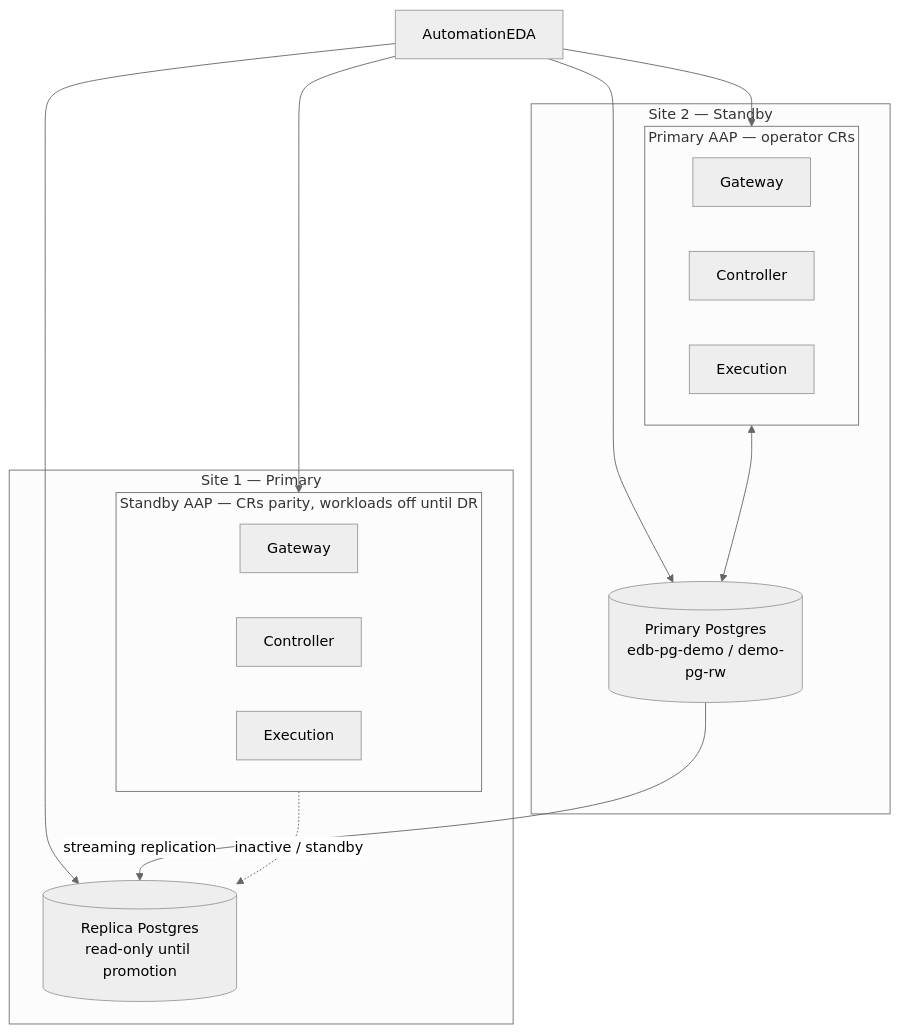
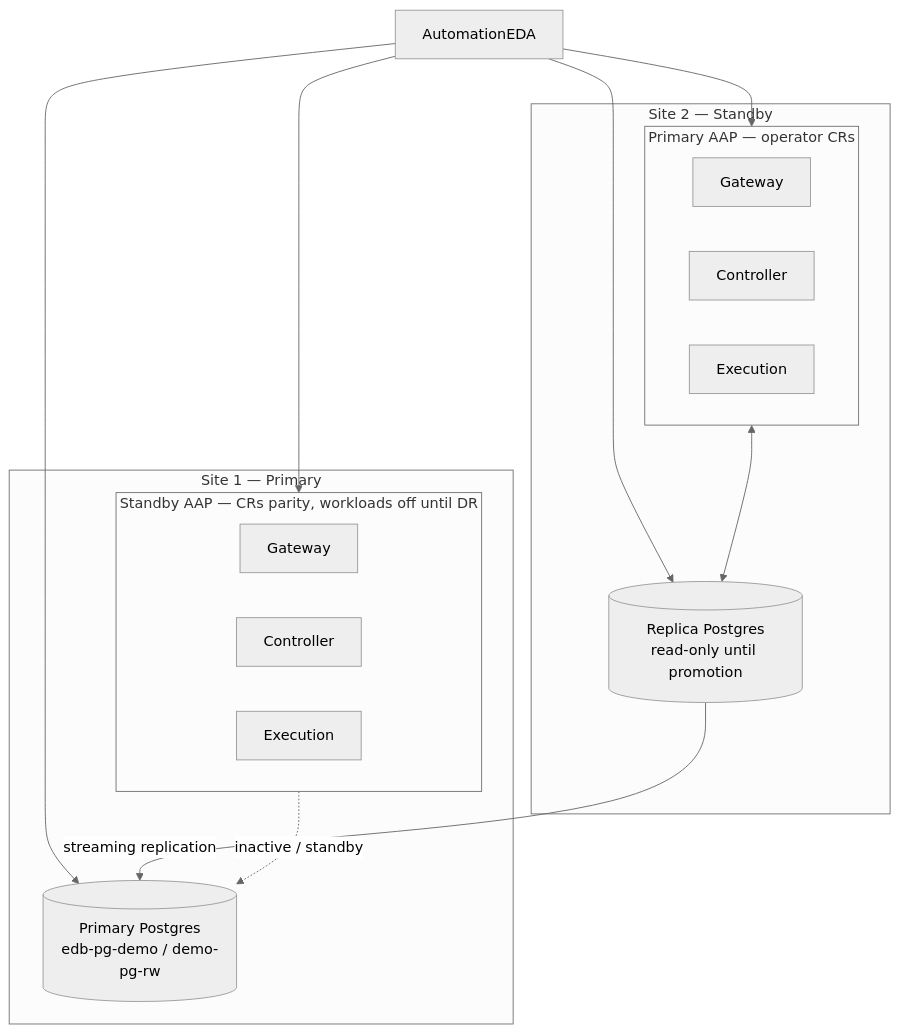
One commit to Red-Hat-EnterpriseDB-Testing/EDB_Testing changed the diagram in aap-deploy/README.md. Above: the diagram before and after it, drawn with Mermaid (neutral theme).

Commit message:
Update README.md to clarify Postgres role descriptions
- Revised the descriptions for Primary and Replica Postgres roles in the architecture diagram to enhance clarity.
- Updated terminology to accurately reflect the read-only status of the Replica Postgres until promotion.

These changes improve the understanding of Postgres roles within the deployment architecture.

````diff
--- a/aap-deploy/README.md
+++ b/aap-deploy/README.md
@@ -16,31 +16,31 @@
 ```mermaid
 flowchart TB
   EDA[AutomationEDA]
 
   subgraph Site2[Site 2 — Standby]
     subgraph PAAP[Primary AAP — operator CRs]
       G1[Gateway]
       C1[Controller]
       X1[Execution]
     end
-    PP[(Primary Postgres\nedb-pg-demo / demo-pg-rw)]
+    PP[(Replica Postgres\nread-only until promotion)]
   end
 
   subgraph Site1[Site 1 — Primary]
     subgraph SAAP[Standby AAP — CRs parity, workloads off until DR]
       G2[Gateway]
       C2[Controller]
       X2[Execution]
     end
-    RP[(Replica Postgres\nread-only until promotion)]
+    RP[(Primary Postgres\nedb-pg-demo / demo-pg-rw)]
   end
 
   EDA --> PAAP
   EDA --> PP
   EDA --> SAAP
   EDA --> RP
 
   PAAP <--> PP
   SAAP -.->|inactive / standby| RP
   PP -->|streaming replication| RP
 ```
````
